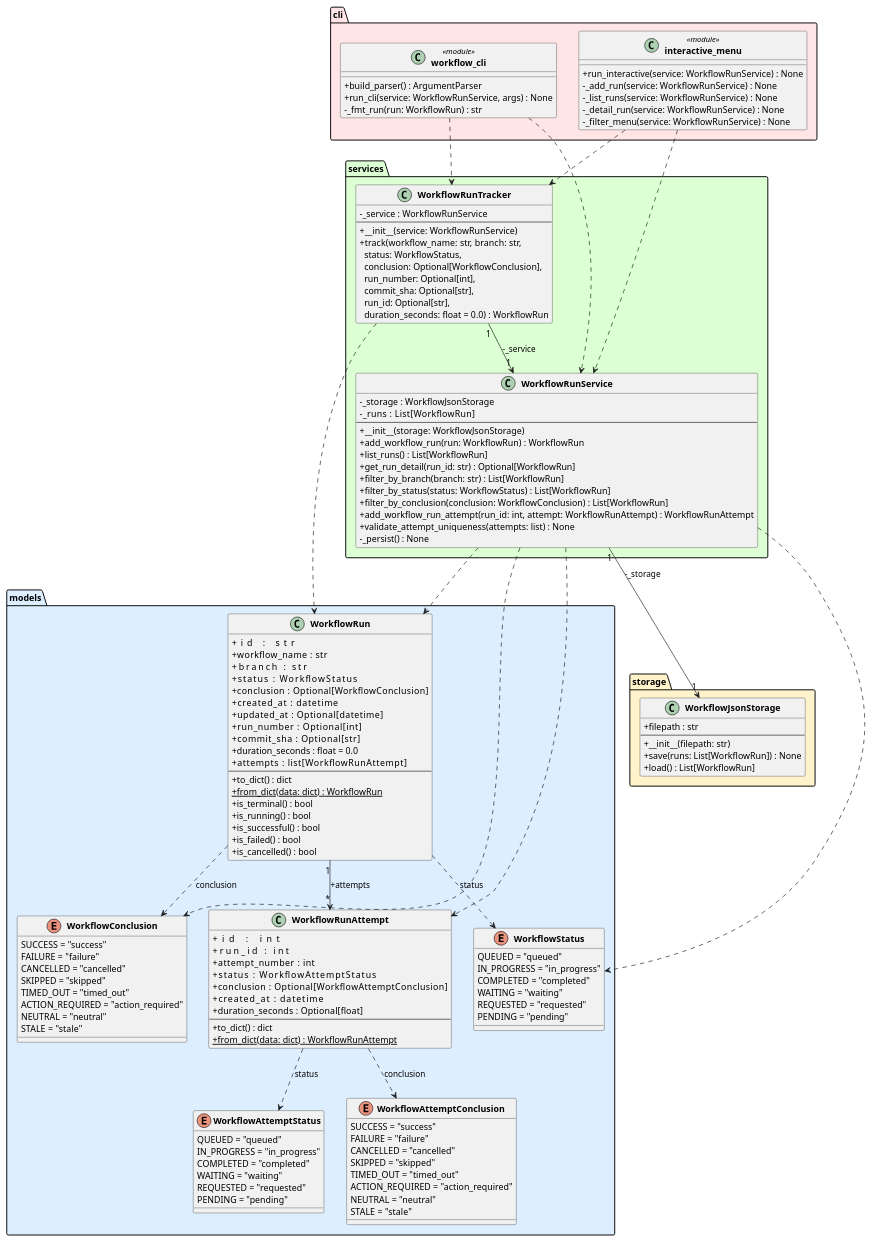
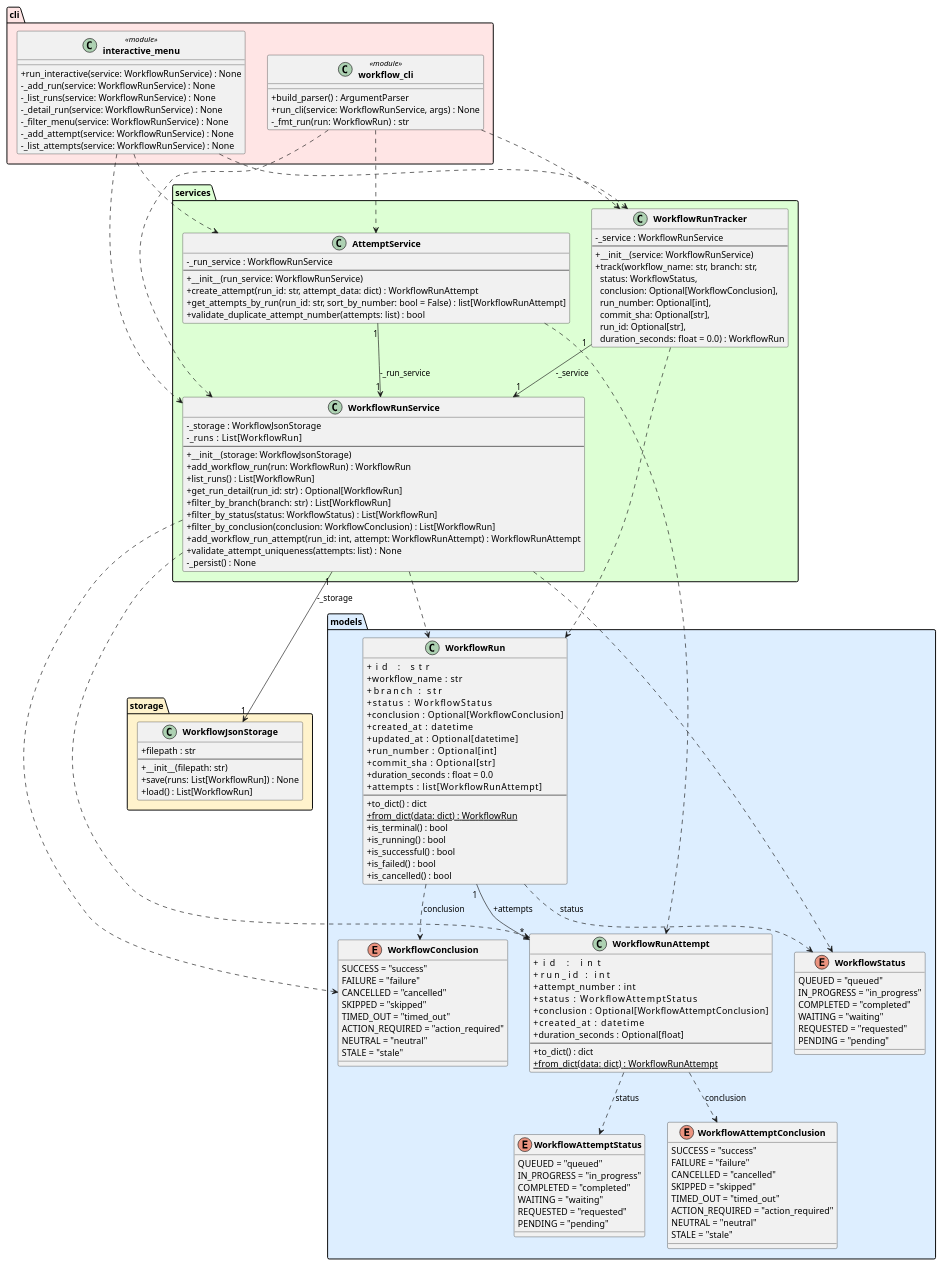
One commit to DanielRiha8906/Software_autoevolution_using_agents changed the diagram in experiments/supervisor_as_tools/user_stories/github-workflow-manager/artifacts/class_diagram.puml. Above: the diagram before and after it, drawn with PlantUML. The commit also changed 10 other files, not shown here.

First line of the commit message:
Task 04: Implement AttemptService for attempt management

```diff
--- a/experiments/supervisor_as_tools/user_stories/github-workflow-manager/artifacts/class_diagram.puml
+++ b/experiments/supervisor_as_tools/user_stories/github-workflow-manager/artifacts/class_diagram.puml
@@ -1,151 +1,166 @@
 @startuml class_diagram
 
 skinparam classAttributeIconSize 0
 skinparam classFontStyle bold
 
 package "models" #DDEEFF {
     enum WorkflowStatus {
         QUEUED = "queued"
         IN_PROGRESS = "in_progress"
         COMPLETED = "completed"
         WAITING = "waiting"
         REQUESTED = "requested"
         PENDING = "pending"
     }
 
     enum WorkflowConclusion {
         SUCCESS = "success"
         FAILURE = "failure"
         CANCELLED = "cancelled"
         SKIPPED = "skipped"
         TIMED_OUT = "timed_out"
         ACTION_REQUIRED = "action_required"
         NEUTRAL = "neutral"
         STALE = "stale"
     }
 
     enum WorkflowAttemptStatus {
         QUEUED = "queued"
         IN_PROGRESS = "in_progress"
         COMPLETED = "completed"
         WAITING = "waiting"
         REQUESTED = "requested"
         PENDING = "pending"
     }
 
     enum WorkflowAttemptConclusion {
         SUCCESS = "success"
         FAILURE = "failure"
         CANCELLED = "cancelled"
         SKIPPED = "skipped"
         TIMED_OUT = "timed_out"
         ACTION_REQUIRED = "action_required"
         NEUTRAL = "neutral"
         STALE = "stale"
     }
 
     class WorkflowRun {
         +id               : str
         +workflow_name    : str
         +branch           : str
         +status           : WorkflowStatus
         +conclusion       : Optional[WorkflowConclusion]
         +created_at       : datetime
         +updated_at       : Optional[datetime]
         +run_number       : Optional[int]
         +commit_sha       : Optional[str]
         +duration_seconds : float = 0.0
         +attempts         : list[WorkflowRunAttempt]
         --
         +to_dict() : dict
         +{static} from_dict(data: dict) : WorkflowRun
         +is_terminal() : bool
         +is_running() : bool
         +is_successful() : bool
         +is_failed() : bool
         +is_cancelled() : bool
     }
 
     class WorkflowRunAttempt {
         +id                 : int
         +run_id             : int
         +attempt_number     : int
         +status             : WorkflowAttemptStatus
         +conclusion         : Optional[WorkflowAttemptConclusion]
         +created_at         : datetime
         +duration_seconds   : Optional[float]
         --
         +to_dict() : dict
         +{static} from_dict(data: dict) : WorkflowRunAttempt
     }
 }
 
 package "storage" #FFF3CC {
     class WorkflowJsonStorage {
         +filepath : str
         --
         +__init__(filepath: str)
         +save(runs: List[WorkflowRun]) : None
         +load() : List[WorkflowRun]
     }
 }
 
 package "services" #DDFFD4 {
     class WorkflowRunService {
         -_storage : WorkflowJsonStorage
         -_runs    : List[WorkflowRun]
         --
         +__init__(storage: WorkflowJsonStorage)
         +add_workflow_run(run: WorkflowRun) : WorkflowRun
         +list_runs() : List[WorkflowRun]
         +get_run_detail(run_id: str) : Optional[WorkflowRun]
         +filter_by_branch(branch: str) : List[WorkflowRun]
         +filter_by_status(status: WorkflowStatus) : List[WorkflowRun]
         +filter_by_conclusion(conclusion: WorkflowConclusion) : List[WorkflowRun]
         +add_workflow_run_attempt(run_id: int, attempt: WorkflowRunAttempt) : WorkflowRunAttempt
         +validate_attempt_uniqueness(attempts: list) : None
         -_persist() : None
     }
 
     class WorkflowRunTracker {
         -_service : WorkflowRunService
         --
         +__init__(service: WorkflowRunService)
         +track(workflow_name: str, branch: str,\n  status: WorkflowStatus,\n  conclusion: Optional[WorkflowConclusion],\n  run_number: Optional[int],\n  commit_sha: Optional[str],\n  run_id: Optional[str],\n  duration_seconds: float = 0.0) : WorkflowRun
     }
+
+    class AttemptService {
+        -_run_service : WorkflowRunService
+        --
+        +__init__(run_service: WorkflowRunService)
+        +create_attempt(run_id: str, attempt_data: dict) : WorkflowRunAttempt
+        +get_attempts_by_run(run_id: str, sort_by_number: bool = False) : list[WorkflowRunAttempt]
+        +validate_duplicate_attempt_number(attempts: list) : bool
+    }
 }
 
 package "cli" #FFE5E5 {
     class "workflow_cli" <<module>> {
         +build_parser() : ArgumentParser
         +run_cli(service: WorkflowRunService, args) : None
         -_fmt_run(run: WorkflowRun) : str
     }
 
     class "interactive_menu" <<module>> {
         +run_interactive(service: WorkflowRunService) : None
         -_add_run(service: WorkflowRunService) : None
         -_list_runs(service: WorkflowRunService) : None
         -_detail_run(service: WorkflowRunService) : None
         -_filter_menu(service: WorkflowRunService) : None
+        -_add_attempt(service: WorkflowRunService) : None
+        -_list_attempts(service: WorkflowRunService) : None
     }
 }
 
 WorkflowRun                ..>  WorkflowStatus           : status
 WorkflowRun                ..>  WorkflowConclusion       : conclusion
 WorkflowRun            "1" --> "*" WorkflowRunAttempt    : +attempts
 WorkflowRunAttempt         ..>  WorkflowAttemptStatus    : status
 WorkflowRunAttempt         ..>  WorkflowAttemptConclusion : conclusion
 WorkflowRunService    "1" --> "1" WorkflowJsonStorage : -_storage
 WorkflowRunService         ..>  WorkflowRun
 WorkflowRunService         ..>  WorkflowStatus
 WorkflowRunService         ..>  WorkflowConclusion
 WorkflowRunService         ..>  WorkflowRunAttempt
 WorkflowRunTracker    "1" --> "1" WorkflowRunService  : -_service
 WorkflowRunTracker         ..>  WorkflowRun
+AttemptService       "1" --> "1" WorkflowRunService  : -_run_service
+AttemptService             ..>  WorkflowRunAttempt
 "workflow_cli"             ..>  WorkflowRunService
 "workflow_cli"             ..>  WorkflowRunTracker
+"workflow_cli"             ..>  AttemptService
 "interactive_menu"         ..>  WorkflowRunService
 "interactive_menu"         ..>  WorkflowRunTracker
+"interactive_menu"         ..>  AttemptService
 
 @enduml
```
